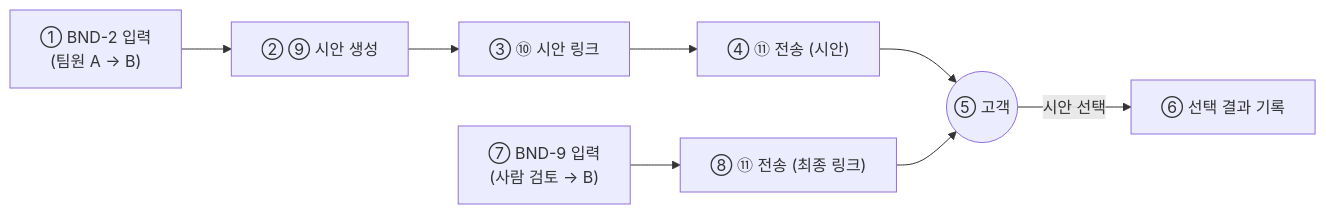
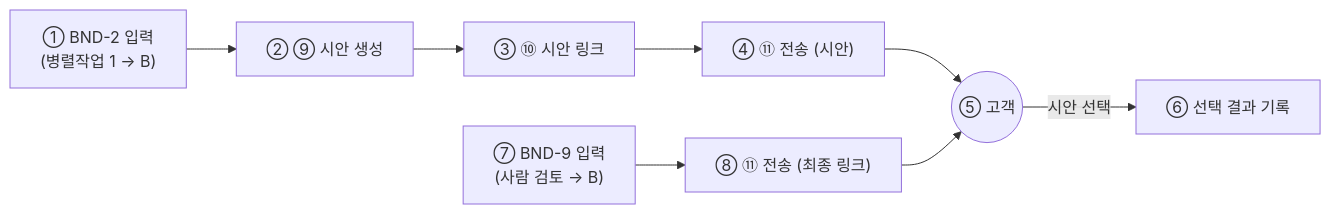
One commit to kyungsikjeung/agt001 changed the diagram in docs/hackathon/PARALLEL_2_SPEC.md. Above: the diagram before and after it, drawn with Mermaid. The commit also changed other lines of this file and 76 other files, not shown here.

````diff
--- a/docs/hackathon/PARALLEL_2_SPEC.md
+++ b/docs/hackathon/PARALLEL_2_SPEC.md
@@ -36,10 +36,10 @@
 ```mermaid
 flowchart LR
-    A1["① BND-2 입력\n(팀원 A → B)"] --> B1["② ⑨ 시안 생성"]
+    A1["① BND-2 입력\n(병렬작업 1 → B)"] --> B1["② ⑨ 시안 생성"]
     B1 --> B2["③ ⑩ 시안 링크"]
     B2 --> B3["④ ⑪ 전송 (시안)"]
     B3 --> C1(("⑤ 고객"))
     C1 -->|시안 선택| B4["⑥ 선택 결과 기록"]
     A2["⑦ BND-9 입력\n(사람 검토 → B)"] --> B5["⑧ ⑪ 전송 (최종 링크)"]
     B5 --> C1
 ```
````
